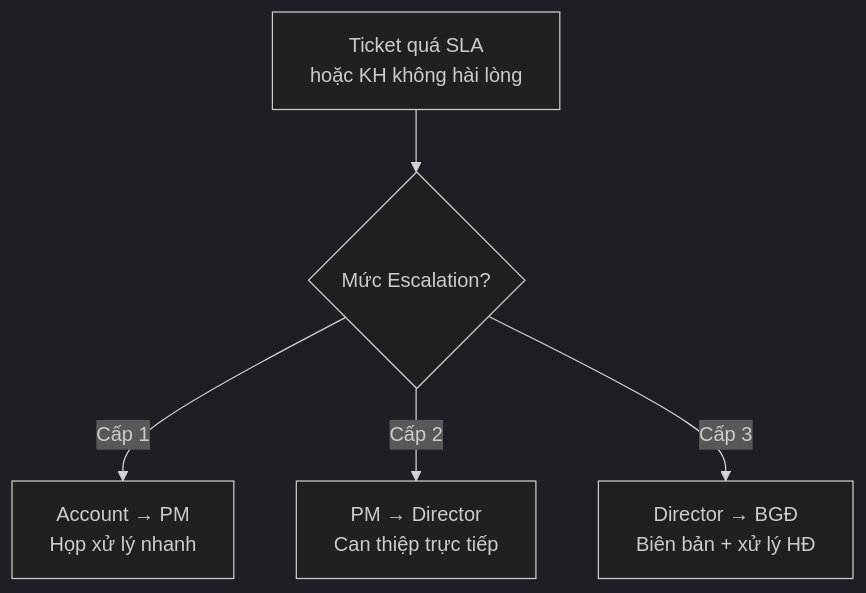
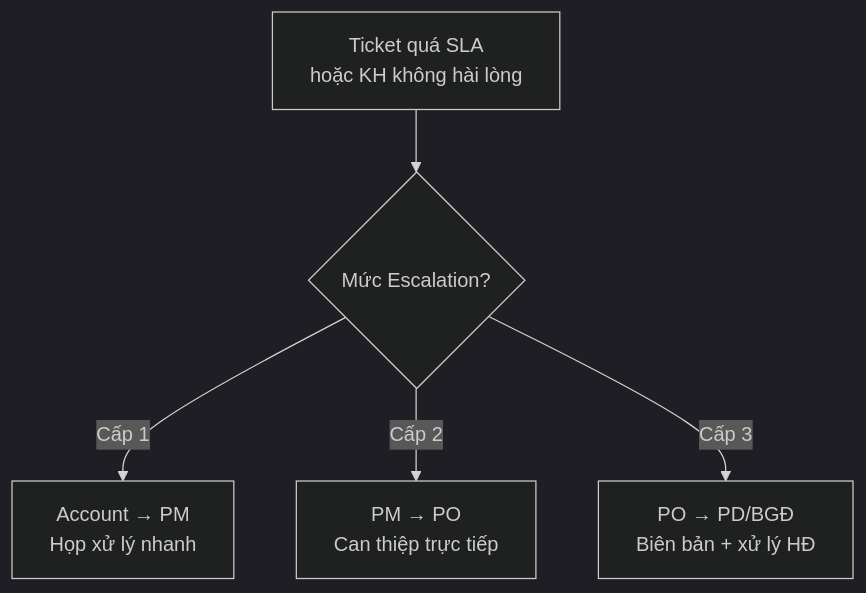
Before and after one commit to namdh9939/SOP-QLDA-TLXN: the second of 2 diagrams in 05-ACCOUNT/xu-ly-ticket-khieu-nai.md, drawn with Mermaid (dark theme). The commit also changed other lines of this file and 15 other files, not shown here.

````diff
--- a/05-ACCOUNT/xu-ly-ticket-khieu-nai.md
+++ b/05-ACCOUNT/xu-ly-ticket-khieu-nai.md
@@ -93,7 +93,7 @@
 ```mermaid
 flowchart TD
     A["Ticket quá SLA<br/>hoặc KH không hài lòng"] --> B{"Mức Escalation?"}
     B -->|Cấp 1| C["Account → PM<br/>Họp xử lý nhanh"]
-    B -->|Cấp 2| D["PM → Director<br/>Can thiệp trực tiếp"]
-    B -->|Cấp 3| E["Director → BGĐ<br/>Biên bản + xử lý HĐ"]
+    B -->|Cấp 2| D["PM → PO<br/>Can thiệp trực tiếp"]
+    B -->|Cấp 3| E["PO → PD/BGĐ<br/>Biên bản + xử lý HĐ"]
 ```
````
